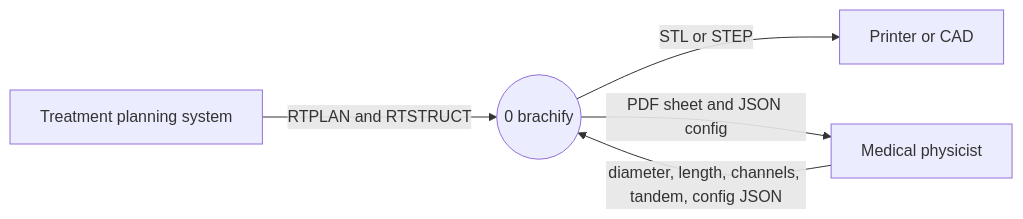
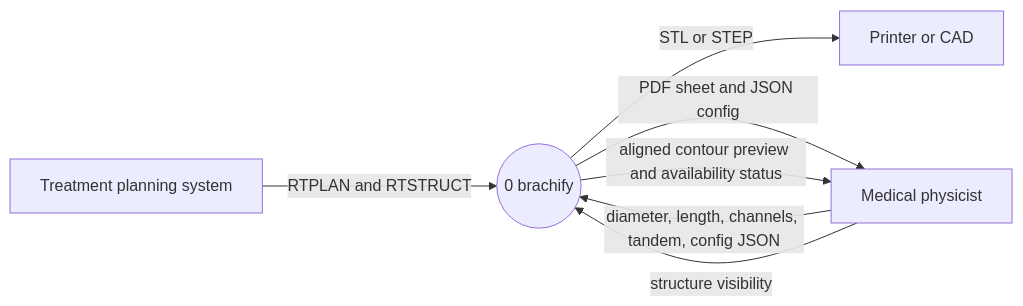
Before and after one commit to COSC-499-W2026/capstone-project-team-10: the diagram in docs/architecture/diagrams/existing-framework/dfd-0.mmd, drawn with Mermaid. The commit also changed 8 other files, not shown here.

Commit message:
docs: trace anatomy preview and background result flows

```diff
--- a/docs/architecture/diagrams/existing-framework/dfd-0.mmd
+++ b/docs/architecture/diagrams/existing-framework/dfd-0.mmd
@@ -1,12 +1,14 @@
 %% title: DFD level 0
 %% alt: DFD level 0, brachify as one process
 flowchart LR
   tps["Treatment planning system"]
   physicist["Medical physicist"]
   printer["Printer or CAD"]
   brachify(("0 brachify"))
 
   tps -->|"RTPLAN and RTSTRUCT"| brachify
   physicist -->|"diameter, length, channels, tandem, config JSON"| brachify
   brachify -->|"STL or STEP"| printer
   brachify -->|"PDF sheet and JSON config"| physicist
+  physicist -->|"structure visibility"| brachify
+  brachify -->|"aligned contour preview and availability status"| physicist
```
